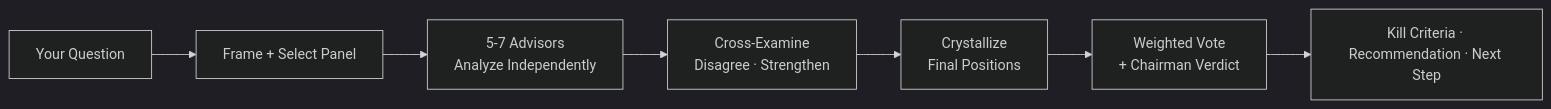
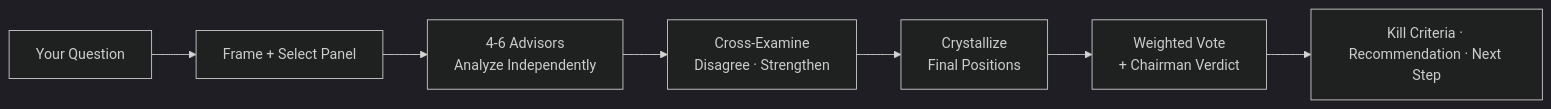
Before and after one commit to BhavanPatel/council-of-minds: the diagram in README.md, drawn with Mermaid (dark theme). The commit also changed other lines of this file and 7 other files, not shown here.

````diff
--- a/README.md
+++ b/README.md
@@ -52,9 +52,9 @@
 ```mermaid
 graph LR
     Q["Your Question"] --> Frame["Frame + Select Panel"]
-    Frame --> Analyze["5-7 Advisors<br/>Analyze Independently"]
+    Frame --> Analyze["4-6 Advisors<br/>Analyze Independently"]
     Analyze --> Cross["Cross-Examine<br/>Disagree · Strengthen"]
     Cross --> Crystal["Crystallize<br/>Final Positions"]
     Crystal --> Vote["Weighted Vote<br/>+ Chairman Verdict"]
     Vote --> V["Kill Criteria · Recommendation · Next Step"]
 ```
````
